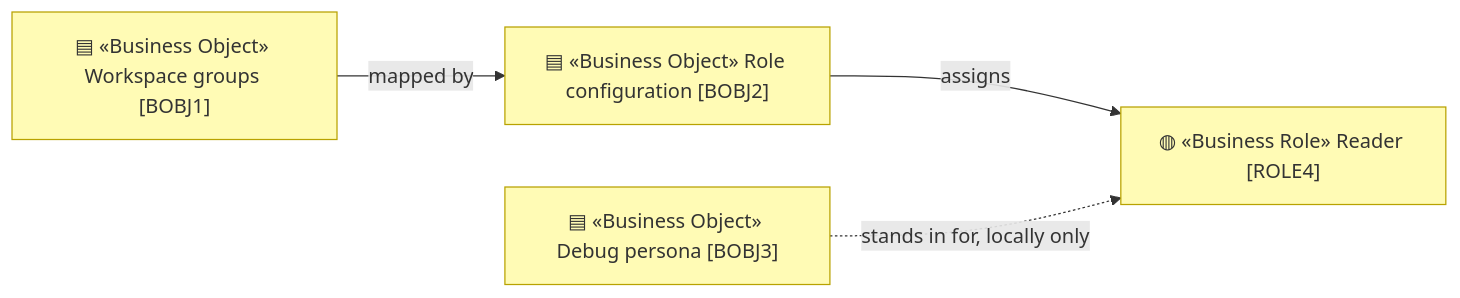
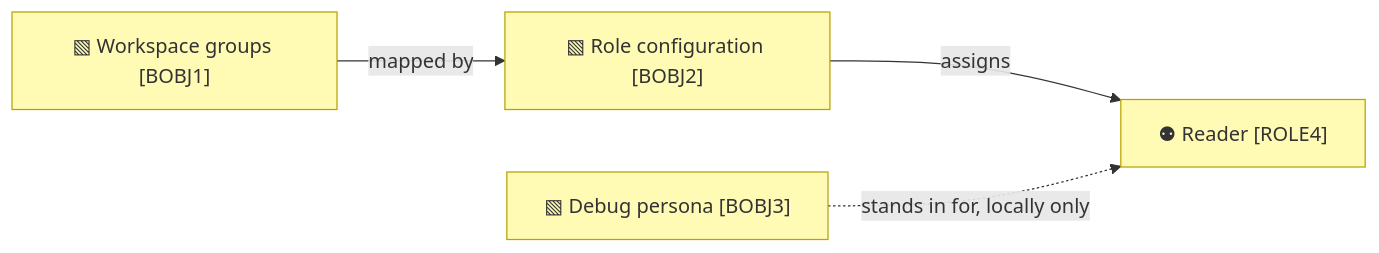
Before and after one commit to bocanegratqut/dbx-enterprise-architecture: the fourth of 4 diagrams in architecture/2_business/1_actors-and-roles.md, drawn with Mermaid. The commit also changed other lines of this file and 25 other files, not shown here.

````diff
--- a/architecture/2_business/1_actors-and-roles.md
+++ b/architecture/2_business/1_actors-and-roles.md
@@ -76,12 +120,12 @@
 ```mermaid
 flowchart LR
-  groups["▤ «Business Object» Workspace groups [BOBJ1]"]:::business
-  cfg["▤ «Business Object» Role configuration [BOBJ2]"]:::business
-  switch["▤ «Business Object» Debug persona [BOBJ3]"]:::business
-  role["◍ «Business Role» Reader [ROLE4]"]:::business
+  groups["▧ Workspace groups [BOBJ1]"]:::business
+  cfg["▧ Role configuration [BOBJ2]"]:::business
+  switch["▧ Debug persona [BOBJ3]"]:::business
+  role["⚉ Reader [ROLE4]"]:::business
   groups -->|mapped by| cfg
   cfg -->|assigns| role
   switch -.->|stands in for, locally only| role
 
   classDef business fill:#fffbb5,stroke:#b8a200,color:#333
 ```
````
